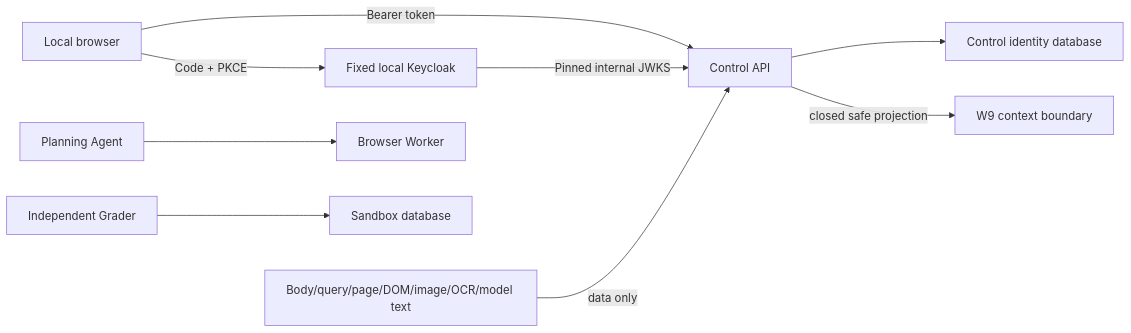
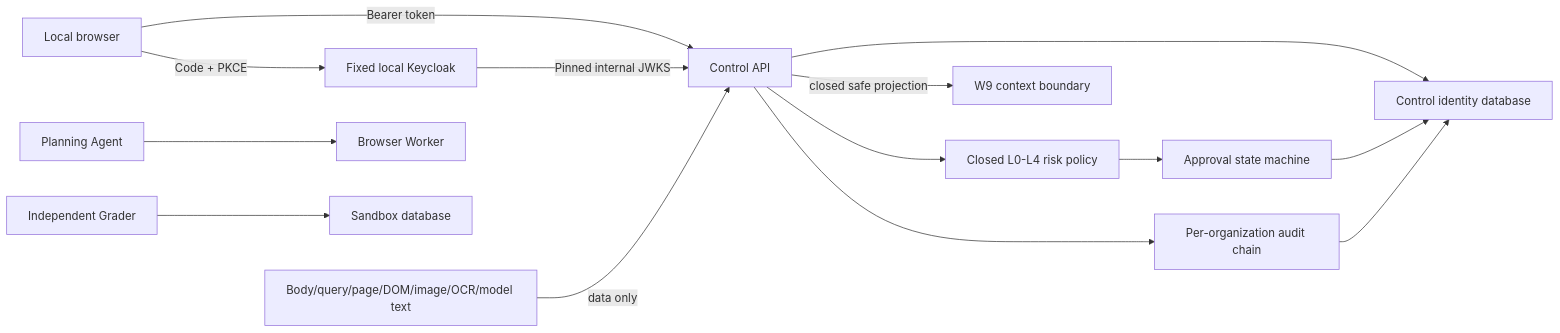
The diagram in docs/threat-model.md (taka-wzx/flowpilot-arena), drawn with Mermaid before and after one commit. The commit also changed other lines of this file and 41 other files, not shown here.

Commit message:
feat: add W11 approval and audit boundary

```diff
--- a/docs/threat-model.md
+++ b/docs/threat-model.md
@@ -14,11 +19,16 @@
 ~~~mermaid
 flowchart LR
     Browser["Local browser"] -->|"Code + PKCE"| KC["Fixed local Keycloak"]
     Browser -->|"Bearer token"| API["Control API"]
     KC -->|"Pinned internal JWKS"| API
     API --> DB["Control identity database"]
+    API --> Policy["Closed L0-L4 risk policy"]
+    Policy --> Approval["Approval state machine"]
+    Approval --> DB
+    API --> Audit["Per-organization audit chain"]
+    Audit --> DB
     Untrusted["Body/query/page/DOM/image/OCR/model text"] -->|"data only"| API
     API -->|"closed safe projection"| Context["W9 context boundary"]
     Planning["Planning Agent"] --> Worker["Browser Worker"]
     Grader["Independent Grader"] --> Sandbox["Sandbox database"]
 ~~~
```
